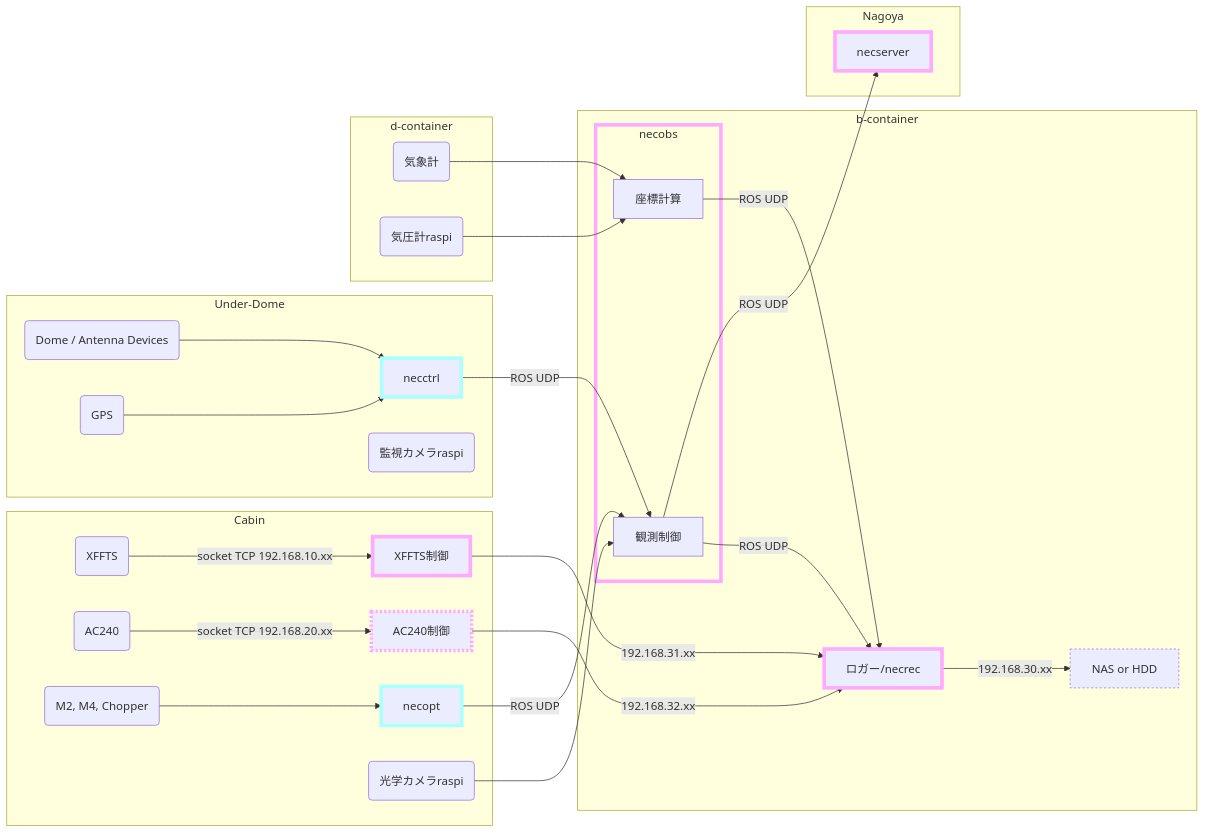
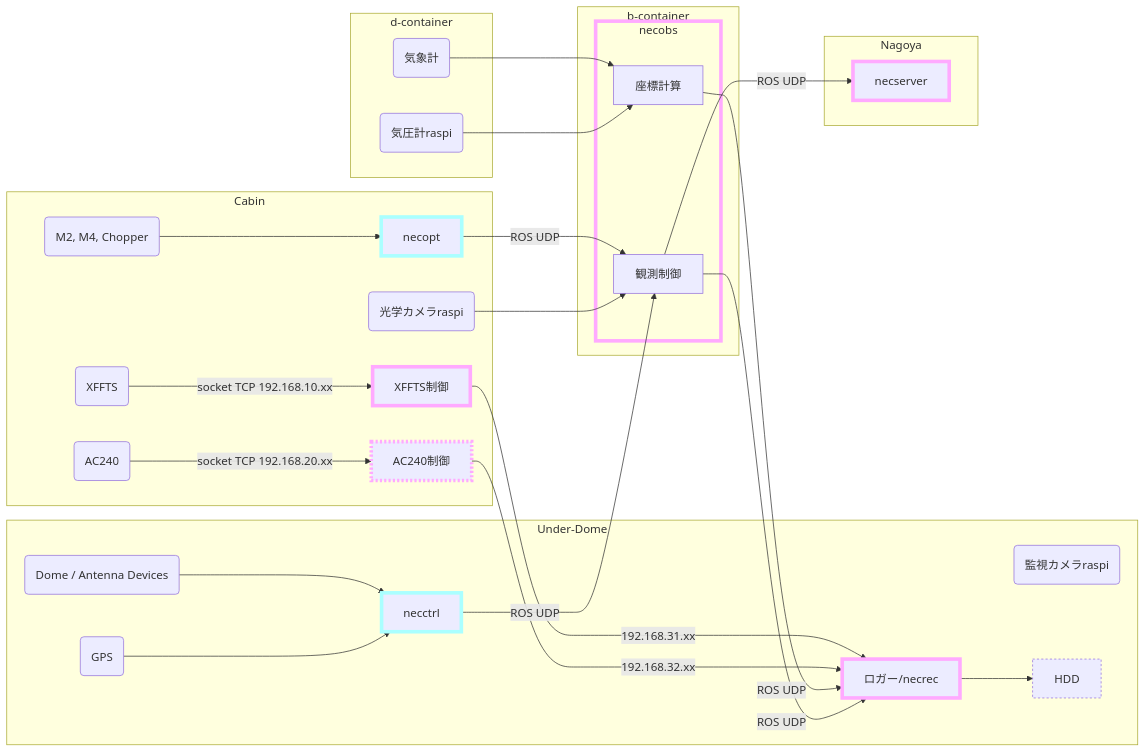
Before and after one commit to necst-telescope/design: the third of 4 diagrams in public/assets/necst-v4/design.md, drawn with Mermaid. The commit also changed other lines of this file, not shown here.

````diff
--- a/public/assets/necst-v4/design.md
+++ b/public/assets/necst-v4/design.md
@@ -146,45 +146,45 @@
 ```mermaid
 graph LR
   subgraph Cabin
     A( XFFTS ) -->|socket TCP 192.168.10.xx| C[ XFFTS制御 ]
     B( AC240 ) -->|socket TCP 192.168.20.xx| M[ AC240制御 ]
     E( M2, M4, Chopper ) --> necopt
     F( 光学カメラraspi )
   end
   subgraph Under-Dome
     L( Dome / Antenna Devices ) --> necctrl
     G( 監視カメラraspi )
     H( GPS ) --> necctrl
+    necrec --> NAS[ HDD ]
   end
   subgraph b-container
     subgraph necobs
       O[ 座標計算 ]
       N[ 観測制御 ]
     end
-    necrec -->|192.168.30.xx| NAS[ NAS or HDD ]
   end
   subgraph d-container
     J( 気象計 )
     K( 気圧計raspi )
   end
   subgraph Nagoya
     necserver
   end
   necctrl -->|ROS UDP| N
   necopt -->|ROS UDP| N
   C -->|192.168.31.xx| necrec[ ロガー/necrec ]
   M -->|192.168.32.xx| necrec
   O -->|ROS UDP| necrec
   N -->|ROS UDP| necrec
   N -->|ROS UDP| necserver
   J --> O
   K --> O
   F --> N
 
 classDef pc stroke:#FAF,stroke-width:5px
 class C,necrec,necobs,necserver,M pc
 classDef fac stroke:#AFF,stroke-width:5px
 class necopt,necctrl fac
 classDef new stroke-dasharray:3
 class M,NAS new
 ```
````
